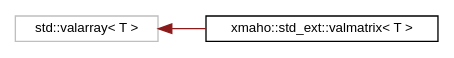
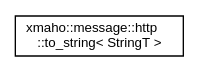
Before and after one commit to forno/xmaho: the diagram in inherit_graph_3.dot, drawn with Graphviz. The commit also changed 74 other files, not shown here.

```diff
--- a/inherit_graph_3.dot
+++ b/inherit_graph_3.dot
@@ -1,10 +1,8 @@
 digraph "Graphical Class Hierarchy"
 {
  // LATEX_PDF_SIZE
   edge [fontname="Helvetica",fontsize="10",labelfontname="Helvetica",labelfontsize="10"];
   node [fontname="Helvetica",fontsize="10",shape=record];
   rankdir="LR";
-  Node1 [label="std::valarray\< T \>",height=0.2,width=0.4,color="grey75", fillcolor="white", style="filled",tooltip="STL class."];
-  Node1 -> Node0 [dir="back",color="firebrick4",fontsize="10",style="solid",fontname="Helvetica"];
-  Node0 [label="xmaho::std_ext::valmatrix\< T \>",height=0.2,width=0.4,color="black", fillcolor="white", style="filled",URL="$classxmaho_1_1std__ext_1_1valmatrix.html",tooltip="The adapter class for matrix valarray."];
+  Node0 [label="xmaho::message::http\l::to_string\< StringT \>",height=0.2,width=0.4,color="black", fillcolor="white", style="filled",URL="$structxmaho_1_1message_1_1http_1_1to__string.html",tooltip="The StringT::size_type to StringT convertion class."];
 }
```
